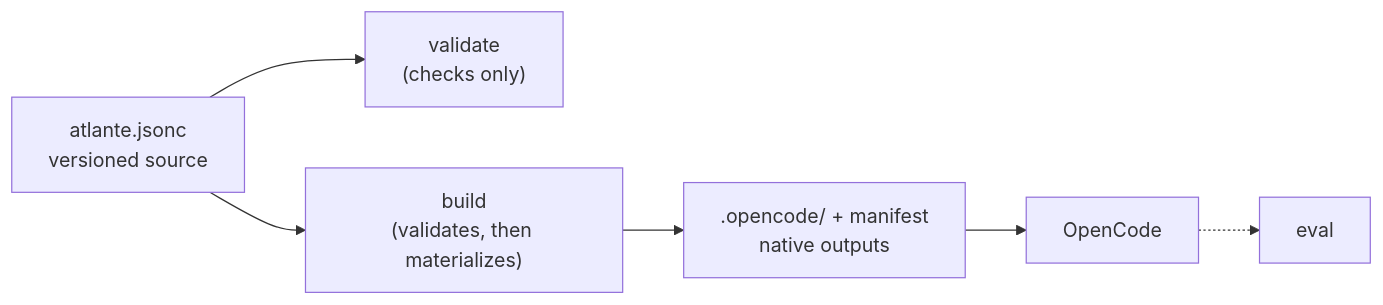
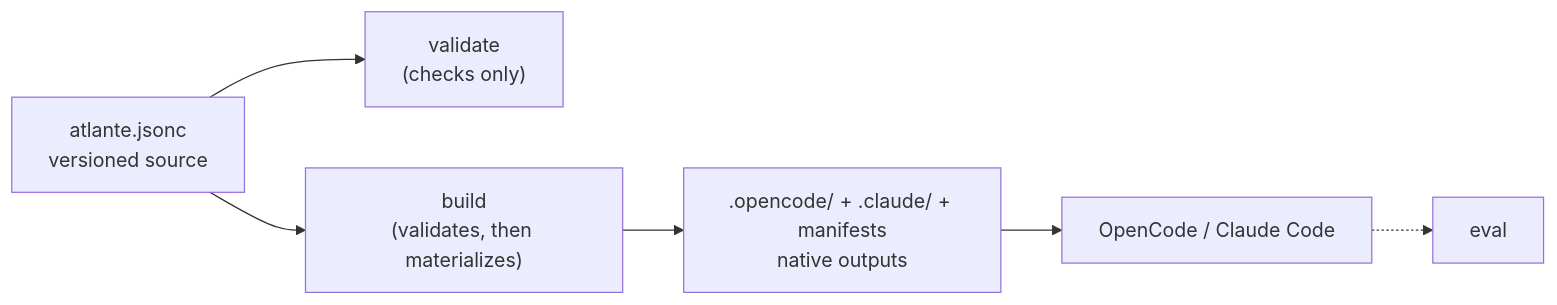
The diagram in README.md (atlante/atlante), drawn with Mermaid before and after one commit. The commit also changed other lines of this file and 72 other files, not shown here.

Commit message:
feat(hosts): support Claude Code as a first-class host (#218)

````diff
--- a/README.md
+++ b/README.md
@@ -68,8 +70,8 @@
 ```mermaid
 flowchart LR
   source["atlante.jsonc<br/>versioned source"] --> validate["validate<br/>(checks only)"]
   source --> build["build<br/>(validates, then materializes)"]
-  build --> native[".opencode/ + manifest<br/>native outputs"]
-  native --> host["OpenCode"]
+  build --> native[".opencode/ + .claude/ + manifests<br/>native outputs"]
+  native --> host["OpenCode / Claude Code"]
   host -.-> eval["eval"]
 ```
````
